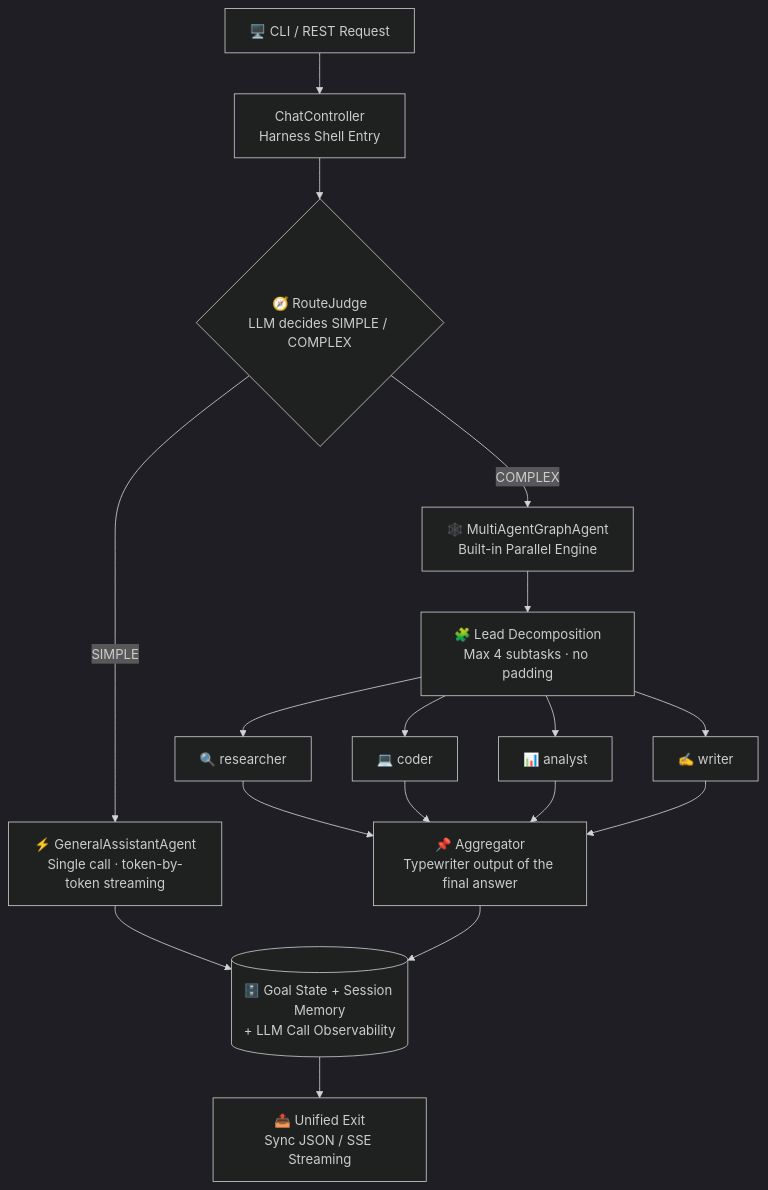
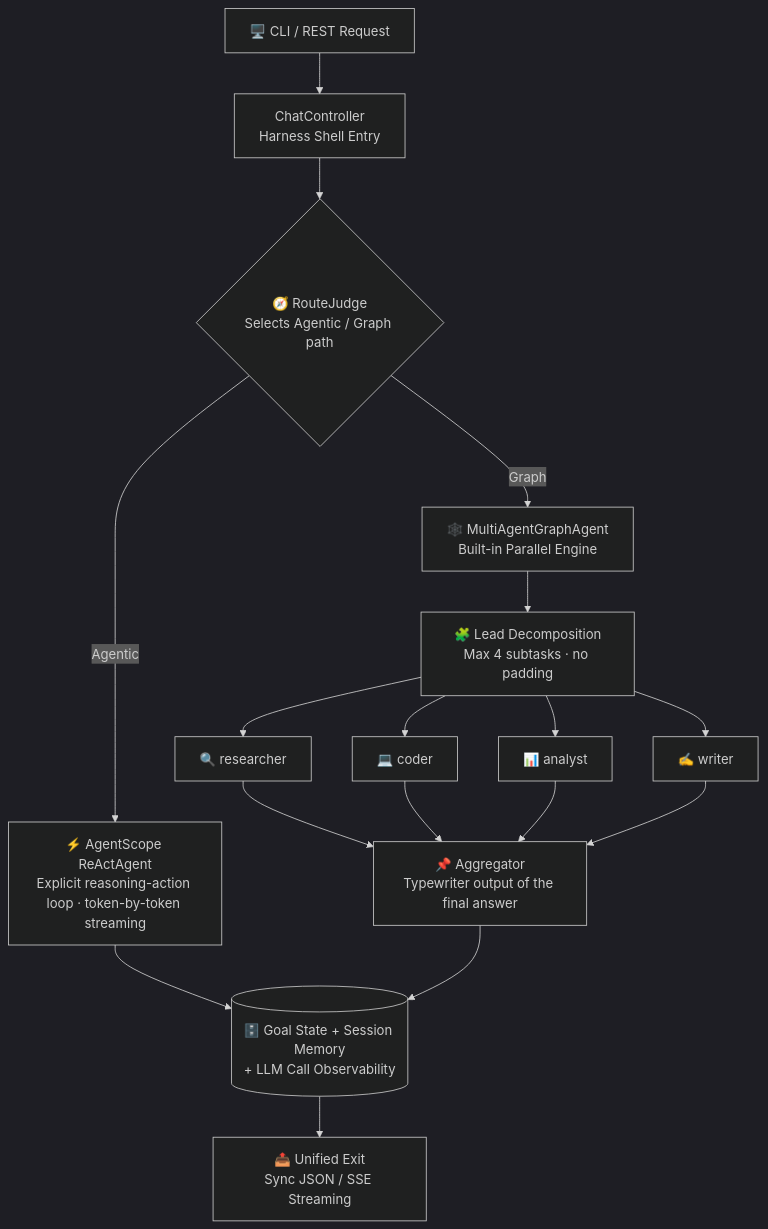
The first of 2 diagrams in README_EN.md (cxknotjj/Deerfect_harness), drawn with Mermaid (dark theme) before and after one commit. The commit also changed other lines of this file and 20 other files, not shown here.

First line of the commit message:
docs: 统一 Agentic 与 Graph 双路径叙事

````diff
--- a/README_EN.md
+++ b/README_EN.md
@@ -63,16 +63,16 @@
 ```mermaid
 flowchart TD
     A[🖥️ CLI / REST Request] --> B[ChatController<br/>Harness Shell Entry]
-    B --> C{🧭 RouteJudge<br/>LLM decides SIMPLE / COMPLEX}
-    C -->|SIMPLE| D[⚡ GeneralAssistantAgent<br/>Single call · token-by-token streaming]
-    C -->|COMPLEX| E[🕸️ MultiAgentGraphAgent<br/>Built-in Parallel Engine]
+    B --> C{🧭 RouteJudge<br/>Selects Agentic / Graph path}
+    C -->|Agentic| D[⚡ AgentScope ReActAgent<br/>Explicit reasoning-action loop · token-by-token streaming]
+    C -->|Graph| E[🕸️ MultiAgentGraphAgent<br/>Built-in Parallel Engine]
     E --> F[🧩 Lead Decomposition<br/>Max 4 subtasks · no padding]
     F --> G1[🔍 researcher]
     F --> G2[💻 coder]
     F --> G3[📊 analyst]
     F --> G4[✍️ writer]
     G1 & G2 & G3 & G4 --> H[📌 Aggregator<br/>Typewriter output of the final answer]
     D --> I[(🗄️ Goal State + Session Memory<br/>+ LLM Call Observability)]
     H --> I
     I --> J[📤 Unified Exit<br/>Sync JSON / SSE Streaming]
 ```
````
